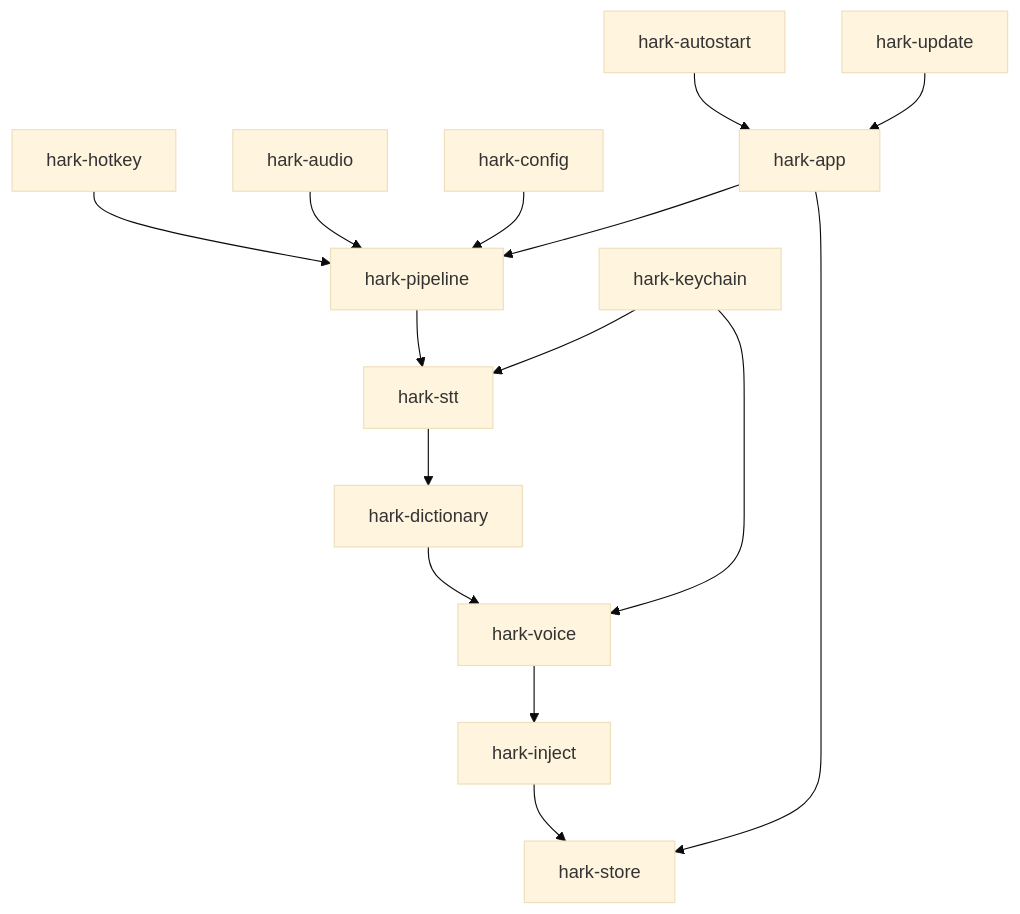
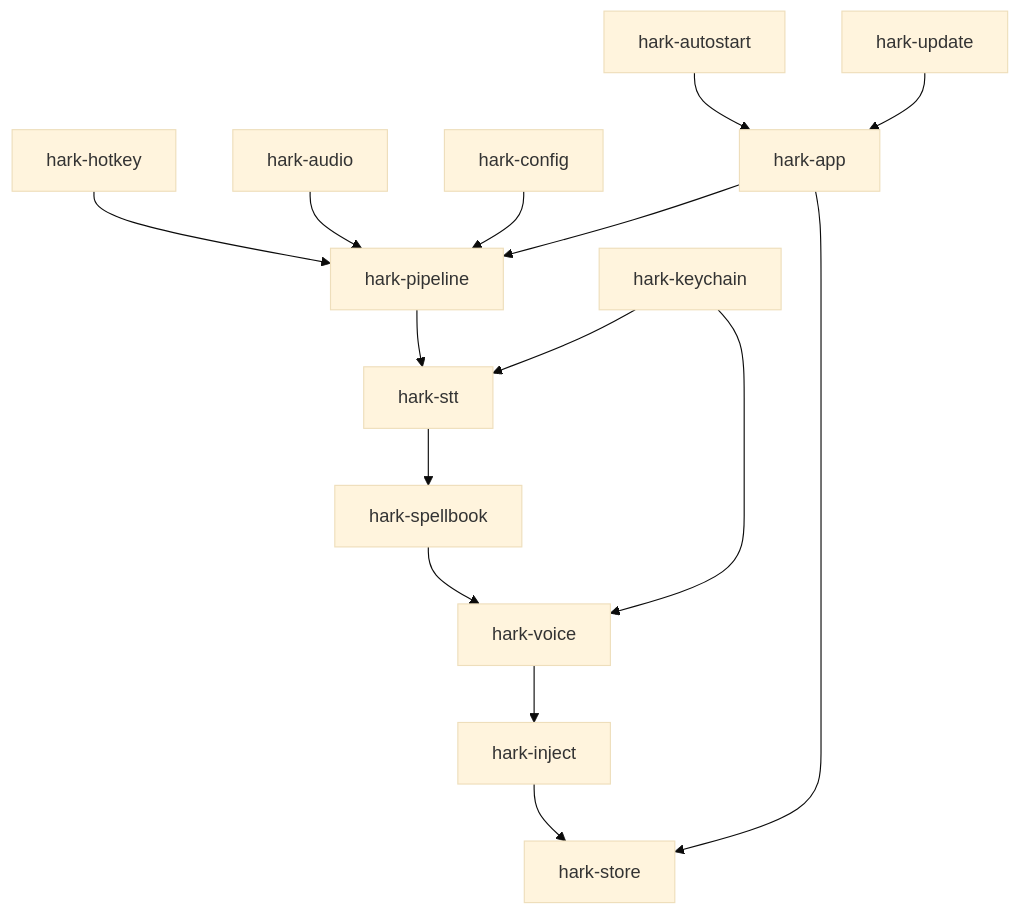
One commit to BoardPandas/Hark changed the first of 2 diagrams in Docs/OVERVIEW.md. Above: the diagram before and after it, drawn with Mermaid (base theme). The commit also changed other lines of this file and 63 other files, not shown here.

First line of the commit message:
Rename the Dictionary to the Spellbook (0.26.0)

````diff
--- a/Docs/OVERVIEW.md
+++ b/Docs/OVERVIEW.md
@@ -104,17 +104,17 @@
 ```mermaid
 graph TD
     Hotkey["hark-hotkey"] --> Pipeline["hark-pipeline"]
     Audio["hark-audio"] --> Pipeline
     Config["hark-config"] --> Pipeline
     Pipeline --> Stt["hark-stt"]
-    Stt --> Dictionary["hark-dictionary"]
-    Dictionary --> Voice["hark-voice"]
+    Stt --> Spellbook["hark-spellbook"]
+    Spellbook --> Voice["hark-voice"]
     Voice --> Inject["hark-inject"]
     Inject --> Store["hark-store"]
     Keychain["hark-keychain"] --> Stt
     Keychain --> Voice
     App["hark-app"] --> Pipeline
     App --> Store
     Autostart["hark-autostart"] --> App
     Update["hark-update"] --> App
 ```
````
